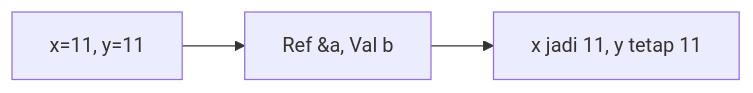
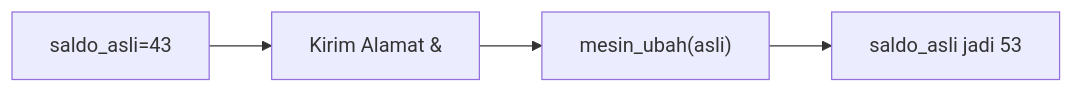
Before and after one commit to amnahwaida/OSNK_INF_PREP: the ninth of 25 diagrams in part-c-pemahaman-cpp/04-fungsi/latihan/set-03.md, drawn with Mermaid. The commit also changed other lines of this file and 71 other files, not shown here.

````diff
--- a/part-c-pemahaman-cpp/04-fungsi/latihan/set-03.md
+++ b/part-c-pemahaman-cpp/04-fungsi/latihan/set-03.md
@@ -233,5 +245,6 @@
 ```mermaid
 graph LR
-A["x=11, y=11"] --> B["Ref &a, Val b"]
-B --> C["x jadi 11, y tetap 11"]
+A["saldo_asli=43"] --> B["Kirim Alamat &"]
+B --> C["mesin_ubah(asli)"]
+C --> D["saldo_asli jadi 53"]
 ```
````
